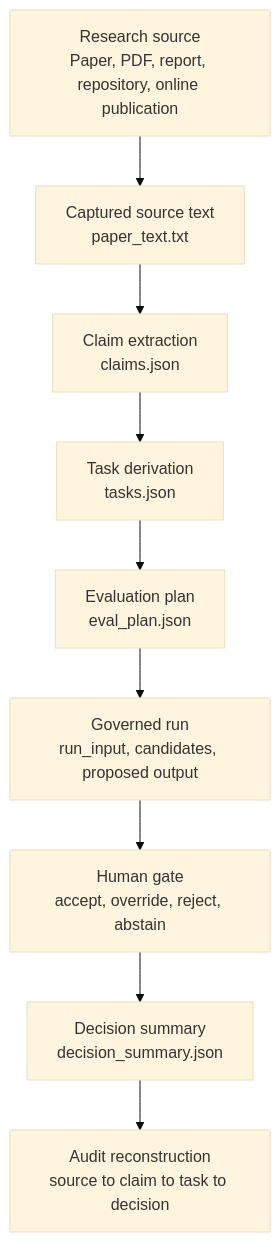
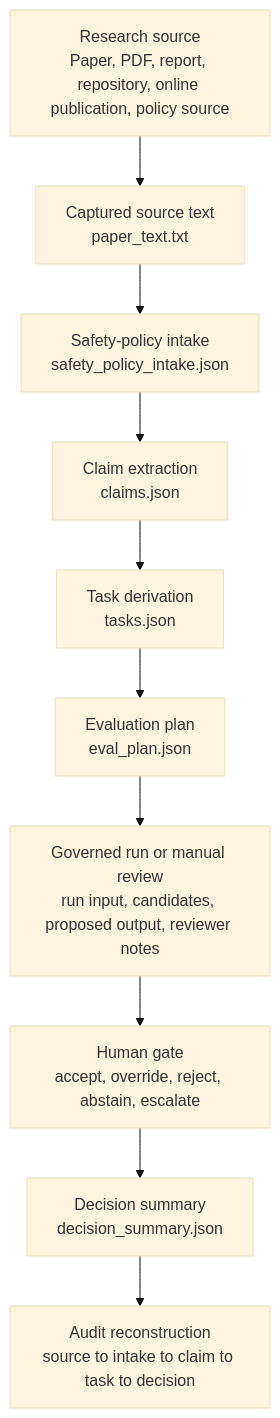
The diagram in TRACEABILITY.md (mj3b/applied-ai-research-translator), drawn with Mermaid (base theme) before and after one commit. The commit also changed other lines of this file, not shown here.

````diff
--- a/TRACEABILITY.md
+++ b/TRACEABILITY.md
@@ -30,11 +37,12 @@
 ```mermaid
 flowchart TD
-    A[Research source\nPaper, PDF, report, repository, online publication] --> B[Captured source text\npaper_text.txt]
-    B --> C[Claim extraction\nclaims.json]
-    C --> D[Task derivation\ntasks.json]
-    D --> E[Evaluation plan\neval_plan.json]
-    E --> F[Governed run\nrun_input, candidates, proposed output]
-    F --> G[Human gate\naccept, override, reject, abstain]
-    G --> H[Decision summary\ndecision_summary.json]
-    H --> I[Audit reconstruction\nsource to claim to task to decision]
+    A[Research source\nPaper, PDF, report, repository, online publication, policy source] --> B[Captured source text\npaper_text.txt]
+    B --> C[Safety-policy intake\nsafety_policy_intake.json]
+    C --> D[Claim extraction\nclaims.json]
+    D --> E[Task derivation\ntasks.json]
+    E --> F[Evaluation plan\neval_plan.json]
+    F --> G[Governed run or manual review\nrun input, candidates, proposed output, reviewer notes]
+    G --> H[Human gate\naccept, override, reject, abstain, escalate]
+    H --> I[Decision summary\ndecision_summary.json]
+    I --> J[Audit reconstruction\nsource to intake to claim to task to decision]
 ```
````
